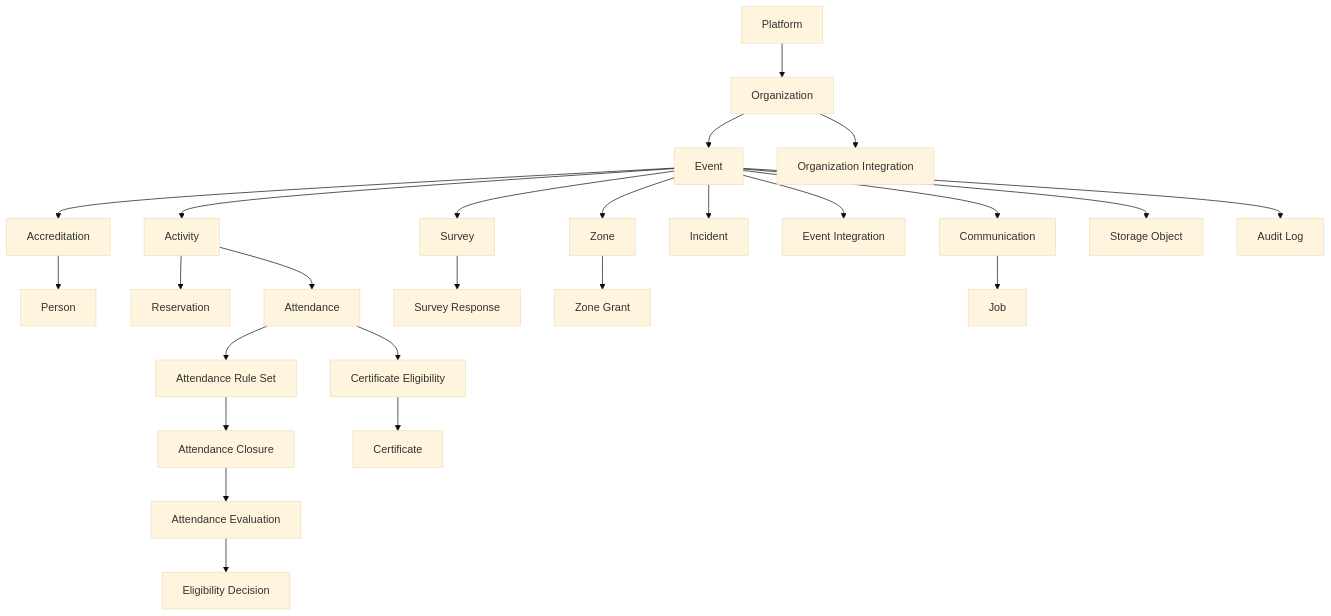
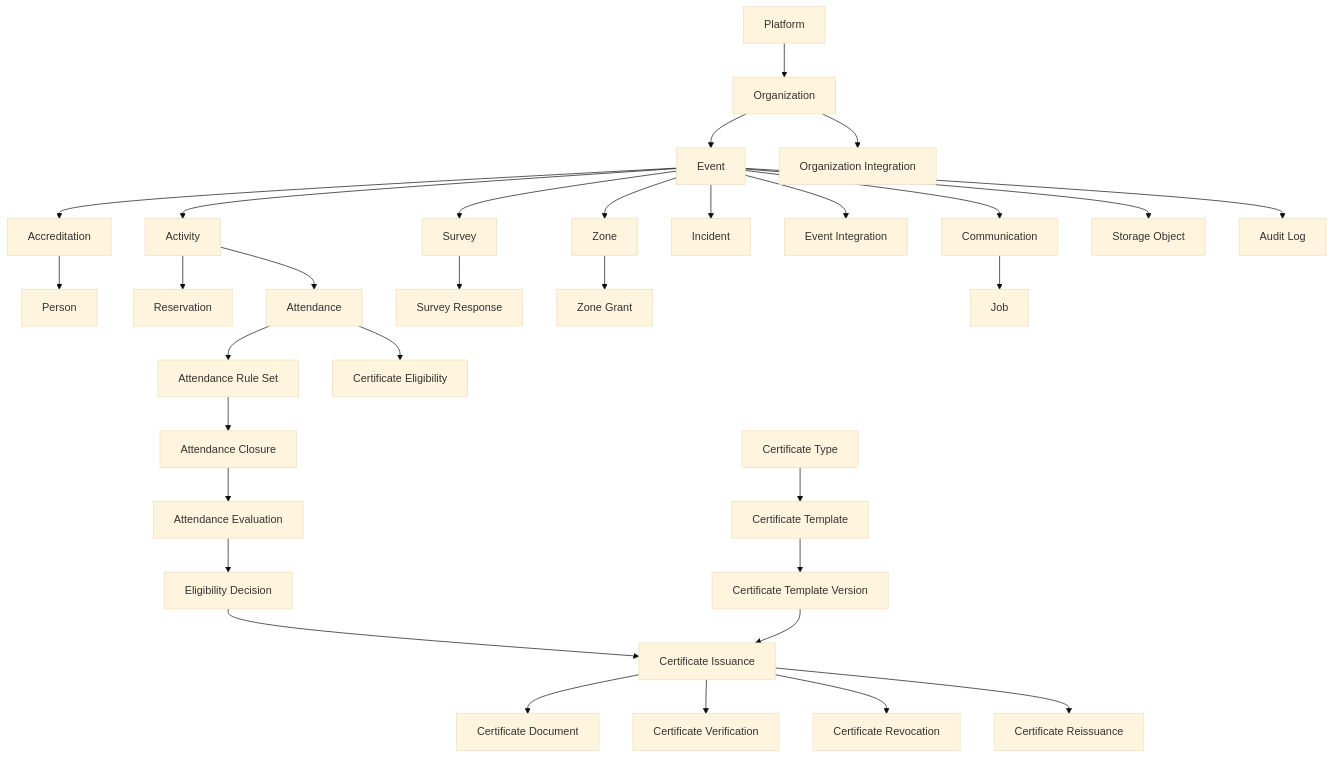
The diagram in BITORA_V4_CONCEPTUAL_DATA_MODEL.md (guillermodiazabogado/bitora-demo), drawn with Mermaid (base theme) before and after one commit. The commit also changed 41 other files, not shown here.

````diff
--- a/BITORA_V4_CONCEPTUAL_DATA_MODEL.md
+++ b/BITORA_V4_CONCEPTUAL_DATA_MODEL.md
@@ -3,27 +3,34 @@
 ```mermaid
 flowchart TD
   Platform["Platform"] --> Organization["Organization"]
   Organization --> Event["Event"]
   Event --> Activity["Activity"]
   Event --> Accreditation["Accreditation"]
   Accreditation --> Participant["Person"]
   Activity --> Reservation["Reservation"]
   Activity --> Attendance["Attendance"]
   Attendance --> AttendanceRuleSet["Attendance Rule Set"]
   AttendanceRuleSet --> AttendanceClosure["Attendance Closure"]
   AttendanceClosure --> AttendanceEvaluation["Attendance Evaluation"]
   AttendanceEvaluation --> EligibilityDecision["Eligibility Decision"]
   Attendance --> CertificateEligibility["Certificate Eligibility"]
-  CertificateEligibility --> Certificate["Certificate"]
+  EligibilityDecision --> CertificateIssuance["Certificate Issuance"]
+  CertificateType["Certificate Type"] --> CertificateTemplate["Certificate Template"]
+  CertificateTemplate --> CertificateTemplateVersion["Certificate Template Version"]
+  CertificateTemplateVersion --> CertificateIssuance
+  CertificateIssuance --> CertificateDocument["Certificate Document"]
+  CertificateIssuance --> CertificateVerification["Certificate Verification"]
+  CertificateIssuance --> CertificateRevocation["Certificate Revocation"]
+  CertificateIssuance --> CertificateReissuance["Certificate Reissuance"]
   Event --> Survey["Survey"]
   Survey --> SurveyResponse["Survey Response"]
   Event --> Zone["Zone"]
   Zone --> ZoneGrant["Zone Grant"]
   Event --> Incident["Incident"]
   Organization --> Integration["Organization Integration"]
   Event --> EventIntegration["Event Integration"]
   Event --> Communication["Communication"]
   Communication --> Job["Job"]
   Event --> StorageObject["Storage Object"]
   Event --> AuditLog["Audit Log"]
 ```
````
